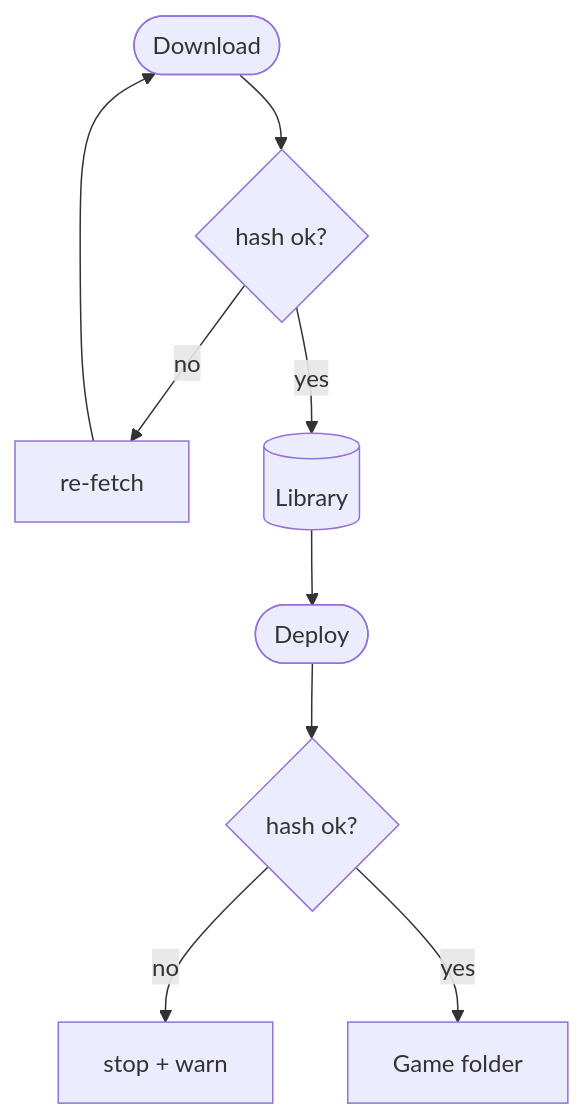
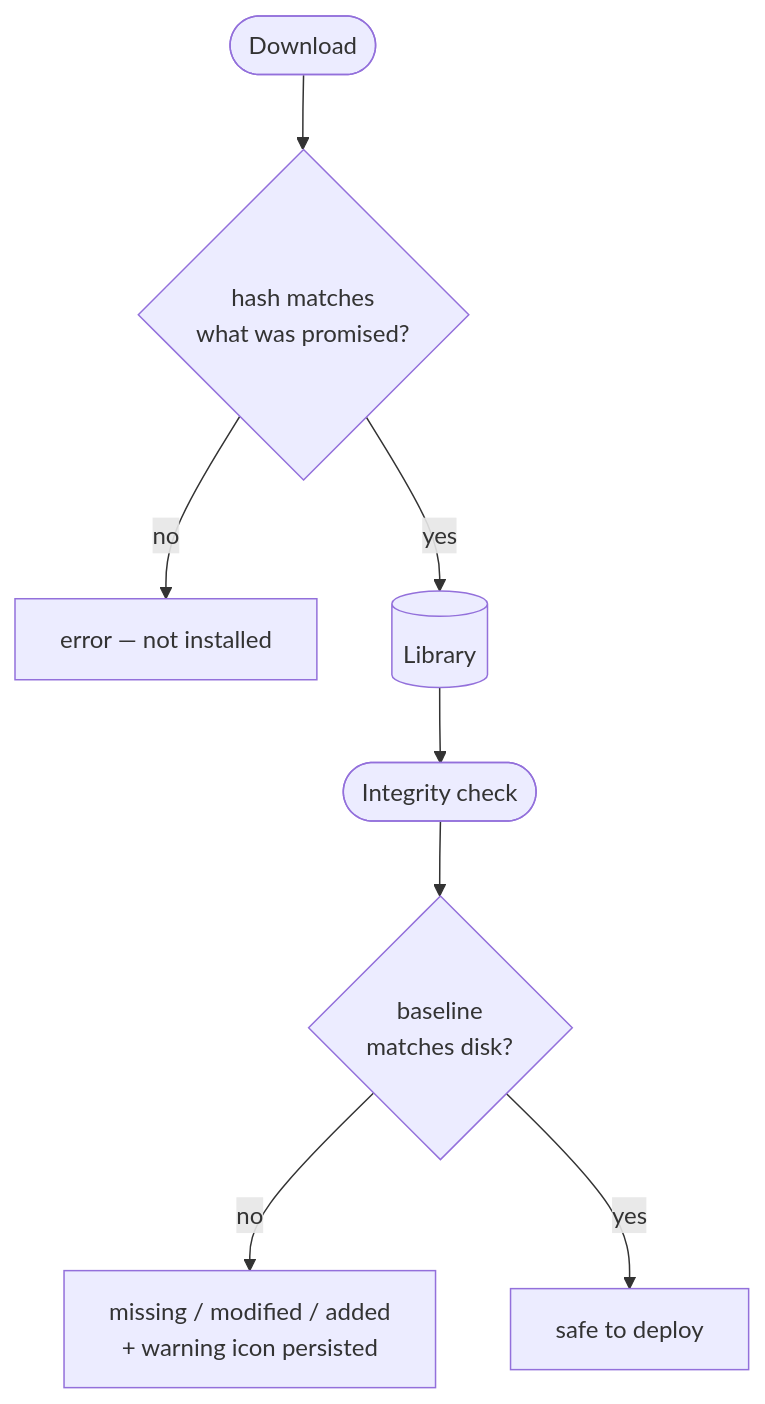
Before and after one commit to FreeProject089/BMM-Docs: the second of 2 diagrams in docs/how-it-works/integrity-hashing.md, drawn with Mermaid. The commit also changed other lines of this file and 7 other files, not shown here.

````diff
--- a/docs/how-it-works/integrity-hashing.md
+++ b/docs/how-it-works/integrity-hashing.md
@@ -33,9 +122,9 @@
 ```mermaid
 flowchart TB
-    DL([Download]) --> V1{"hash ok?"}
-    V1 -- no --> RETRY["re-fetch"] --> DL
+    DL([Download]) --> V1{"hash matches<br/>what was promised?"}
+    V1 -- no --> HALT["error — not installed"]
     V1 -- yes --> LIB[(Library)]
-    LIB --> DEP([Deploy]) --> V2{"hash ok?"}
-    V2 -- no --> HALT["stop + warn"]
-    V2 -- yes --> GAME["Game folder"]
+    LIB --> CHK([Integrity check]) --> V2{"baseline<br/>matches disk?"}
+    V2 -- no --> FLAG["missing / modified / added<br/>+ warning icon persisted"]
+    V2 -- yes --> GAME["safe to deploy"]
 ```
````
